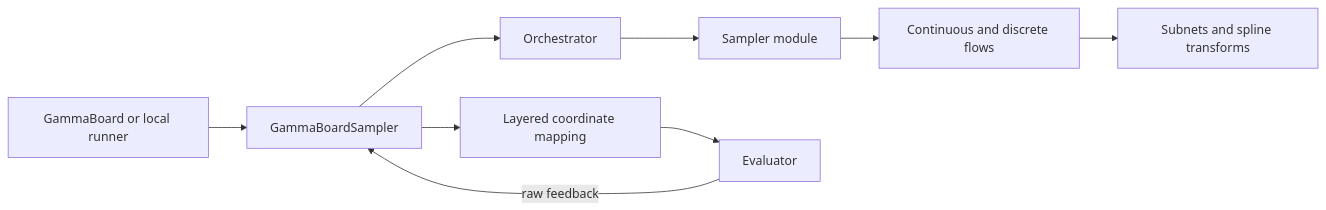
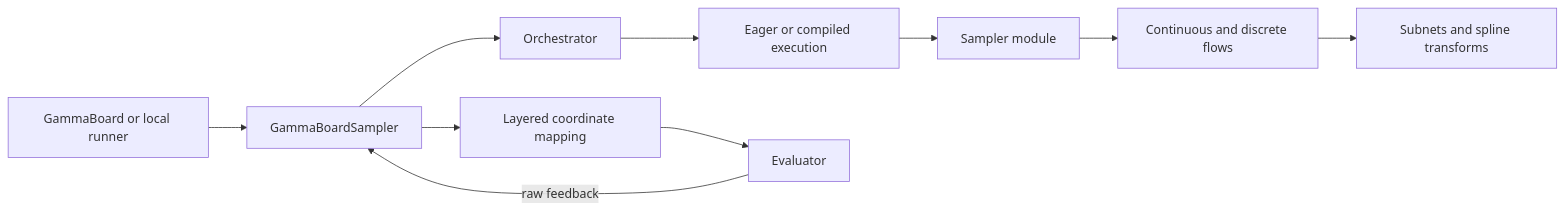
One commit to Fink-Nic/glnis_gammaboard_api changed the diagram in docs/implementation/architecture.md. Above: the diagram before and after it, drawn with Mermaid. The commit also changed other lines of this file and 20 other files, not shown here.

First line of the commit message:
Add orchestrator-owned eager and compiled execution policies

````diff
--- a/docs/implementation/architecture.md
+++ b/docs/implementation/architecture.md
@@ -7,11 +7,12 @@
 ```mermaid
 flowchart LR
     Runtime[GammaBoard or local runner] --> Adapter[GammaBoardSampler]
     Adapter --> Orchestrator
-    Orchestrator --> Model[Sampler module]
+    Orchestrator --> Execution[Eager or compiled execution]
+    Execution --> Model[Sampler module]
     Model --> Flows[Continuous and discrete flows]
     Flows --> Blocks[Subnets and spline transforms]
     Adapter --> Mapping[Layered coordinate mapping]
     Mapping --> Evaluator
     Evaluator -->|raw feedback| Adapter
 ```
````
